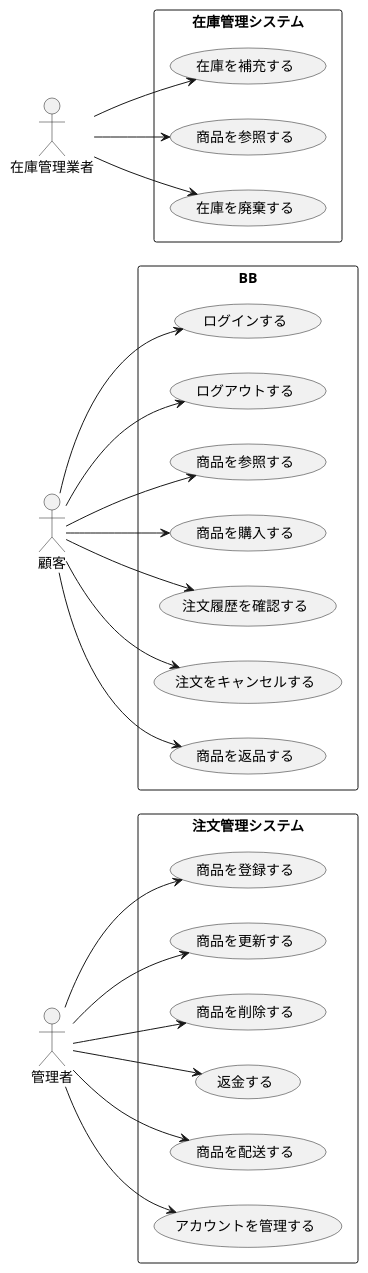
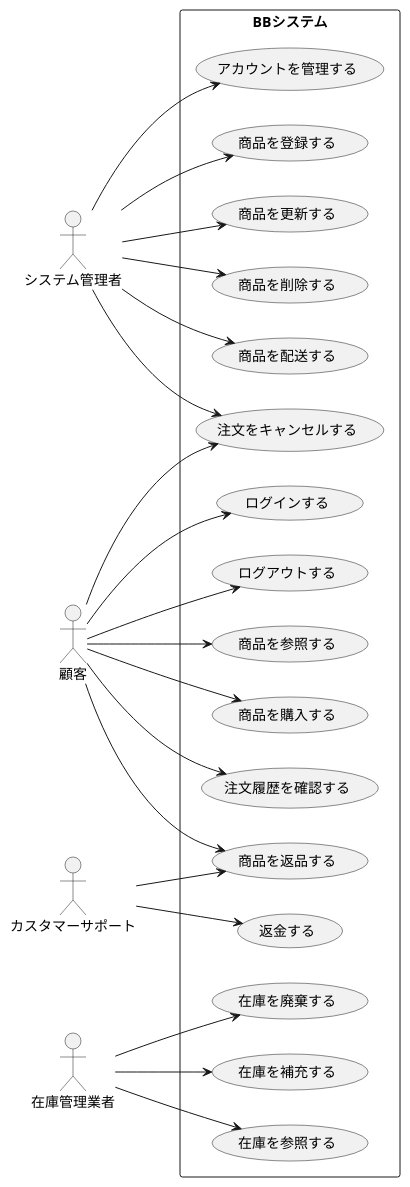
One commit to FujikawaHirono0520/group3_1_dogdog changed the diagram in BB/usecase_admin.pu. Above: the diagram before and after it, drawn with PlantUML.

Commit message:
【変更】ユースケースの統合、カスタマーサポートの追加

```diff
--- a/BB/usecase_admin.pu
+++ b/BB/usecase_admin.pu
@@ -1,55 +1,54 @@
 @startuml BB注文管理システムユースケース図
 left to right direction
-actor 管理者
+actor システム管理者
 
-rectangle 注文管理システム {
+actor 顧客
+
+actor カスタマーサポート
+
+actor 在庫管理業者
+
+
+rectangle BBシステム {
   usecase "商品を登録する" as UC1
   usecase "商品を更新する" as UC2
   usecase "商品を削除する" as UC3
   usecase "返金する" as UC4
   usecase "商品を配送する" as UC5
   usecase "アカウントを管理する" as UC6
 
-}
-
-管理者 --> UC1
-管理者 --> UC2
-管理者 --> UC3
-管理者 --> UC4
-管理者 --> UC5
-管理者 --> UC6
-
-actor 顧客
-
-rectangle BB {
   usecase "ログインする" as UC7
   usecase "ログアウトする" as UC8
   usecase "商品を参照する" as UC9
   usecase "商品を購入する" as UC10
   usecase "注文履歴を確認する" as UC11
   usecase "注文をキャンセルする" as UC12
   usecase "商品を返品する" as UC13
 
+  usecase "在庫を補充する" as UC14
+  usecase "在庫を参照する" as UC15
+  usecase "在庫を廃棄する" as UC16
 }
+
+システム管理者 --> UC1
+システム管理者 --> UC2
+システム管理者 --> UC3
+システム管理者 --> UC5
+システム管理者 --> UC6
+システム管理者 --> UC12
 
 顧客 --> UC7
 顧客 --> UC8
 顧客 --> UC9
 顧客 --> UC10
 顧客 --> UC11
 顧客 --> UC12
 顧客 --> UC13
 
-actor 在庫管理業者 as U1
+カスタマーサポート --> UC4
+カスタマーサポート --> UC13
 
-rectangle 在庫管理システム {
-  usecase "在庫を補充する" as UC14
-  usecase "商品を参照する" as UC15
-  usecase "在庫を廃棄する" as UC16
-
-}
-
-U1 --> UC14
-U1 --> UC15
-U1 --> UC16
+在庫管理業者 --> UC14
+在庫管理業者 --> UC15
+在庫管理業者 --> UC16
 @enduml
```
